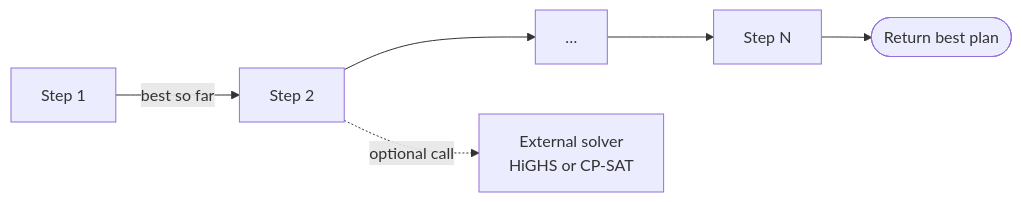
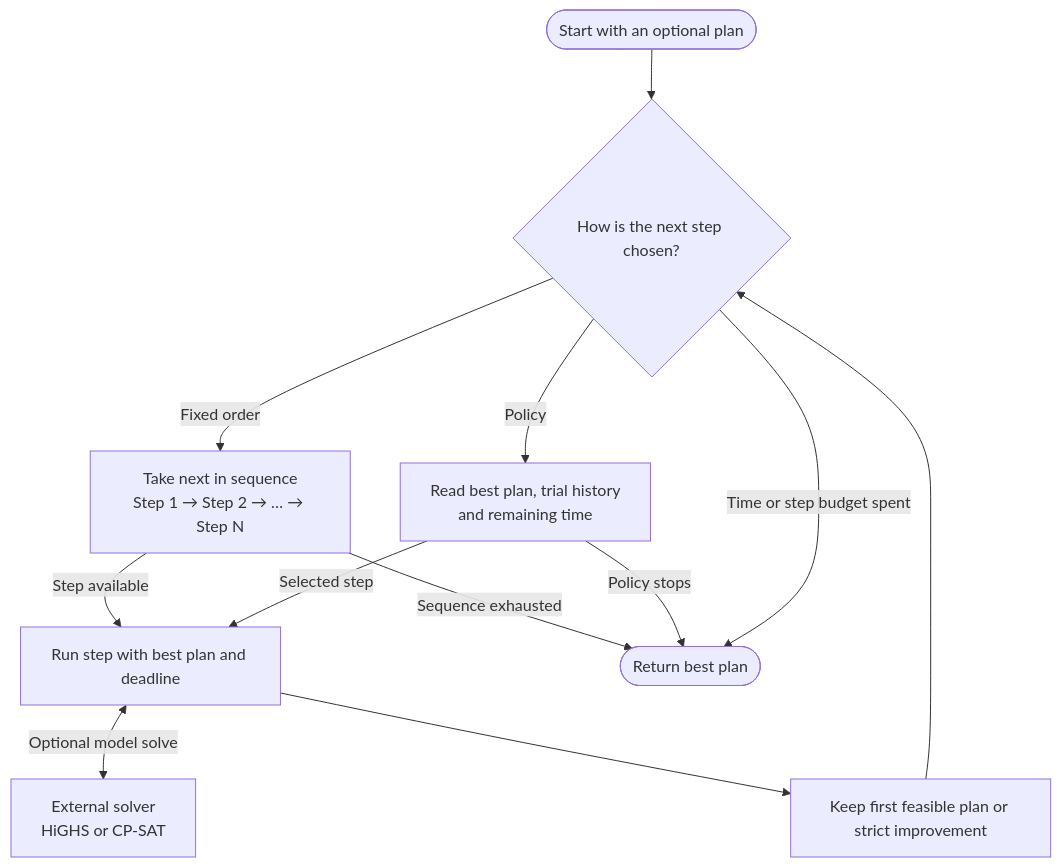
The diagram in README.md (kmmbvnr/solver), drawn with Mermaid before and after one commit. The commit also changed other lines of this file, not shown here.

Commit message:
Document fixed and adaptive pipelines with a runnable HiGHS example

````diff
--- a/README.md
+++ b/README.md
@@ -11,6 +11,14 @@
 ```mermaid
-flowchart LR
-    A["Step 1"] -->|best so far| B["Step 2"]
-    B --> C["…"] --> N["Step N"] --> R(["Return best plan"])
-    B -. optional call .-> S["External solver<br/>HiGHS or CP-SAT"]
+flowchart TD
+    Start(["Start with an optional plan"]) --> Pick{"How is the next step chosen?"}
+    Pick -->|Fixed order| Next["Take next in sequence<br/>Step 1 → Step 2 → … → Step N"]
+    Pick -->|Policy| Choose["Read best plan, trial history<br/>and remaining time"]
+    Next -->|Step available| Run["Run step with best plan and deadline"]
+    Choose -->|Selected step| Run
+    Run <-->|Optional model solve| Ext["External solver<br/>HiGHS or CP-SAT"]
+    Run --> Keep["Keep first feasible plan or strict improvement"]
+    Keep --> Pick
+    Next -->|Sequence exhausted| End(["Return best plan"])
+    Choose -->|Policy stops| End
+    Pick -->|Time or step budget spent| End
 ```
````
